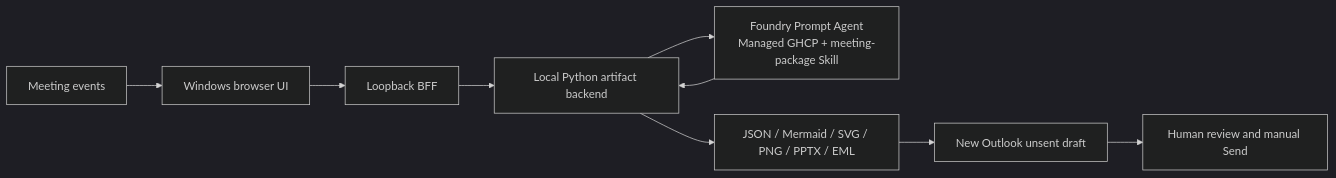
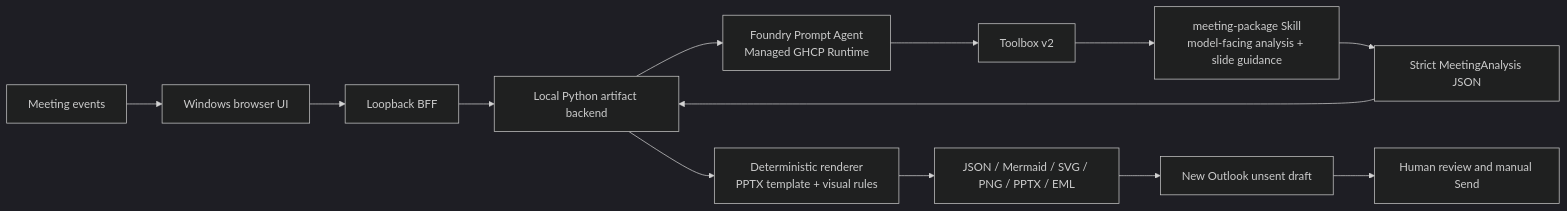
One commit to david-xinyuwei/david-share changed the diagram in Agents/Meeting-Agent/managed-agent/docs/MANAGED-IMPLEMENTATION.md. Above: the diagram before and after it, drawn with Mermaid (dark theme). The commit also changed other lines of this file and 20 other files, not shown here.

Commit message:
feat(meeting-agent): clarify managed runtime architecture

````diff
--- a/Agents/Meeting-Agent/managed-agent/docs/MANAGED-IMPLEMENTATION.md
+++ b/Agents/Meeting-Agent/managed-agent/docs/MANAGED-IMPLEMENTATION.md
@@ -45,11 +158,15 @@
 ```mermaid
 flowchart LR
     E[Meeting events] --> UI[Windows browser UI]
     UI --> BFF[Loopback BFF]
     BFF --> API[Local Python artifact backend]
-    API --> MA[Foundry Prompt Agent\nManaged GHCP + meeting-package Skill]
-    MA --> API
-    API --> A[JSON / Mermaid / SVG / PNG / PPTX / EML]
+  API --> MA[Foundry Prompt Agent\nManaged GHCP Runtime]
+  MA --> TB[Toolbox v2]
+  TB --> S[meeting-package Skill\nmodel-facing analysis + slide guidance]
+  S --> J[Strict MeetingAnalysis JSON]
+  J --> API
+  API --> R[Deterministic renderer\nPPTX template + visual rules]
+  R --> A[JSON / Mermaid / SVG / PNG / PPTX / EML]
     A --> O[New Outlook unsent draft]
     O --> H[Human review and manual Send]
 ```
````
